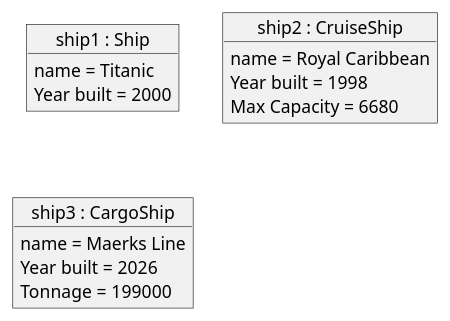
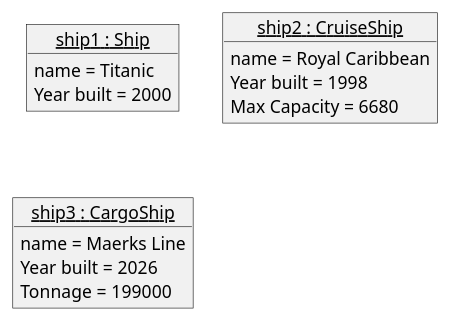
The diagram in OBJECTS/Polymorphism.puml (Hugo-Mathus/Homework5), drawn with PlantUML before and after one commit. The commit also changed 1 other file, not shown here.

```diff
--- a/OBJECTS/Polymorphism.puml
+++ b/OBJECTS/Polymorphism.puml
@@ -1,20 +1,20 @@
 @startuml
 
-object "ship1 : Ship" as ship1{
+object "<u>ship1 : Ship</u>" as ship1{
     name = Titanic
     Year built = 2000
 }
 
-object "ship2 : CruiseShip" as ship2{
+object "<u>ship2 : CruiseShip</u>" as ship2{
     name = Royal Caribbean
     Year built = 1998
     Max Capacity = 6680
 }
 
-object "ship3 : CargoShip" as ship3{
+object "<u>ship3 : CargoShip</u>" as ship3{
     name = Maerks Line
     Year built = 2026
     Tonnage = 199000
 }
 
 @enduml
```
